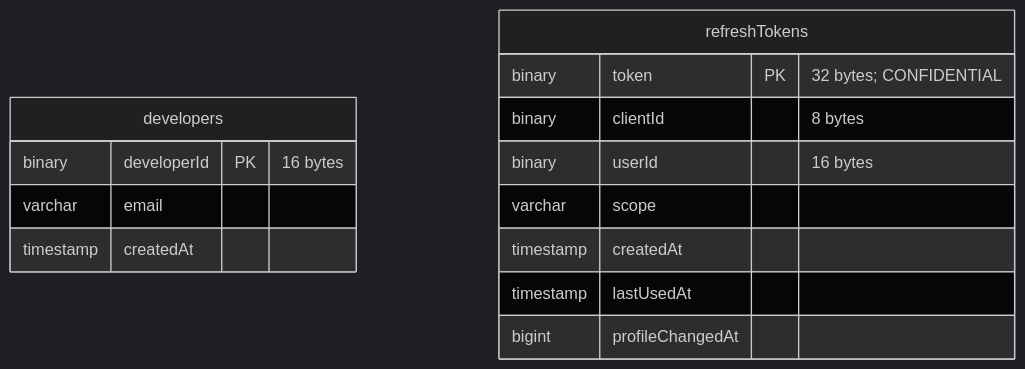
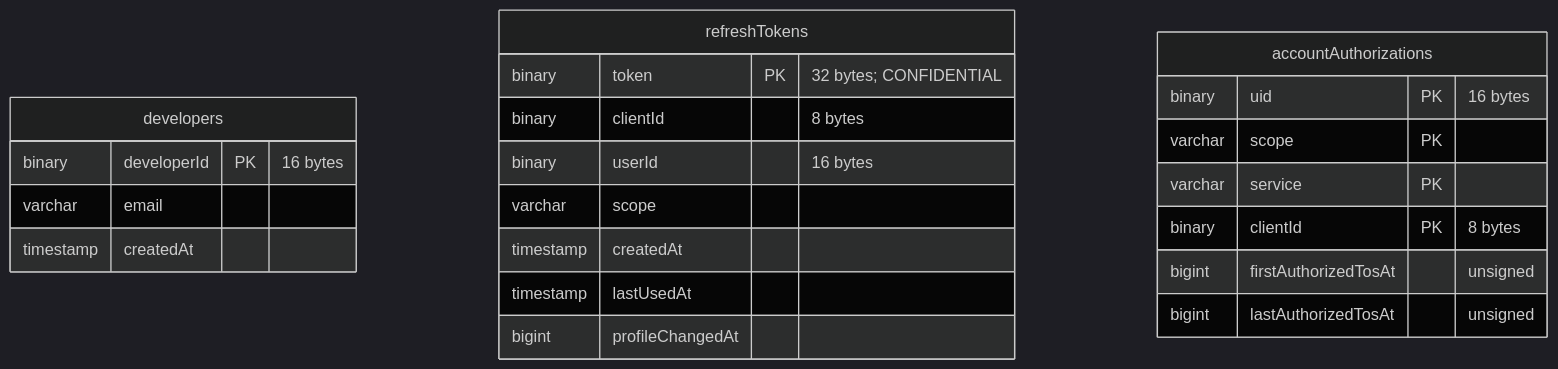
Diagram 16 of 19 in docs/reference/database-structure.md (mozilla/ecosystem-platform), drawn with Mermaid (dark theme) before and after one commit. The commit also changed other lines of this file, not shown here.

````diff
--- a/docs/reference/database-structure.md
+++ b/docs/reference/database-structure.md
@@ -383,17 +416,25 @@
 ```mermaid
 erDiagram
     developers {
         binary developerId PK "16 bytes"
         varchar email
         timestamp createdAt
     }
     refreshTokens {
         binary token PK "32 bytes; CONFIDENTIAL"
         binary clientId "8 bytes"
         binary userId "16 bytes"
         varchar scope
         timestamp createdAt
         timestamp lastUsedAt
         bigint profileChangedAt
     }
+    accountAuthorizations {
+        binary uid PK "16 bytes"
+        varchar scope PK
+        varchar service PK
+        binary clientId PK "8 bytes"
+        bigint firstAuthorizedTosAt "unsigned"
+        bigint lastAuthorizedTosAt "unsigned"
+    }
 ```
````
